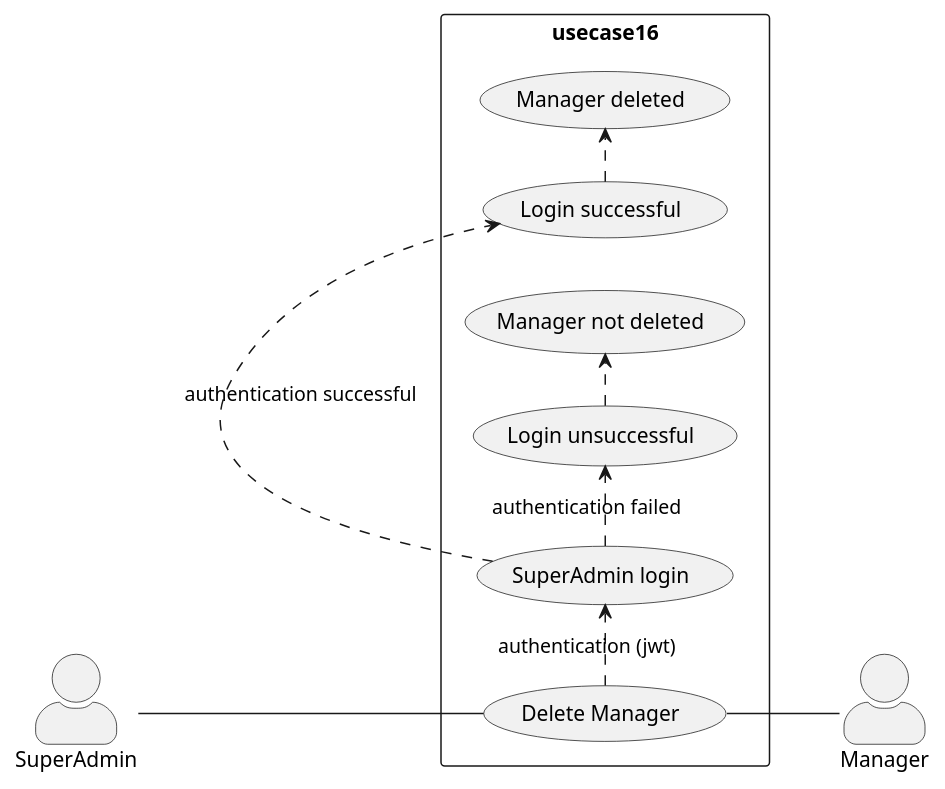
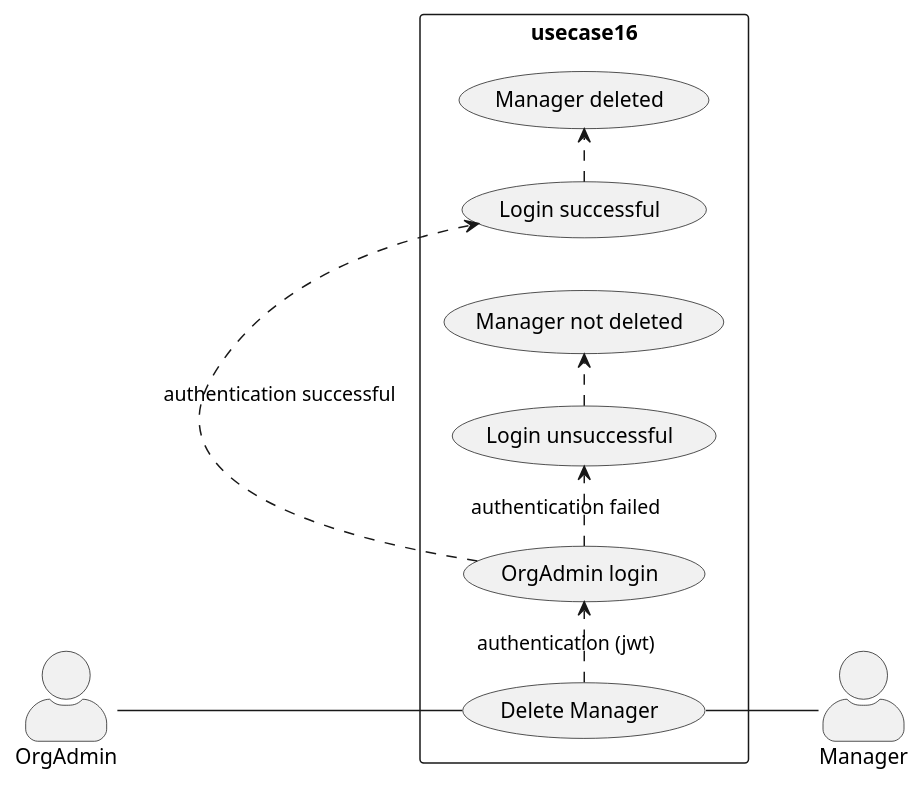
One commit to wawerualbert/CodeHub changed the diagram in 16_org_admin_usecase16.wsd. Above: the diagram before and after it, drawn with PlantUML. The commit also changed 5 other files, not shown here.

```diff
--- a/16_org_admin_usecase16.wsd
+++ b/16_org_admin_usecase16.wsd
@@ -1,20 +1,20 @@
 @startuml OrgAdmin Delete Supervisor
 
 skinparam actorStyle awesome
 left to right direction
 skinparam packageStyle rectangle
 
-actor SuperAdmin
+actor OrgAdmin
 actor Manager
 
 rectangle usecase16{
-  SuperAdmin -- (Delete Manager)
-  (Delete Manager) .> (SuperAdmin login) : authentication (jwt)
-  (SuperAdmin login) .> (Login successful) : authentication successful
+  OrgAdmin -- (Delete Manager)
+  (Delete Manager) .> (OrgAdmin login) : authentication (jwt)
+  (OrgAdmin login) .> (Login successful) : authentication successful
   (Login successful) .> (Manager deleted)  
-  (SuperAdmin login) .> (Login unsuccessful) : authentication failed
+  (OrgAdmin login) .> (Login unsuccessful) : authentication failed
   (Login unsuccessful) .> (Manager not deleted)  
   (Delete Manager) -- Manager
 }
 
 @enduml
```
